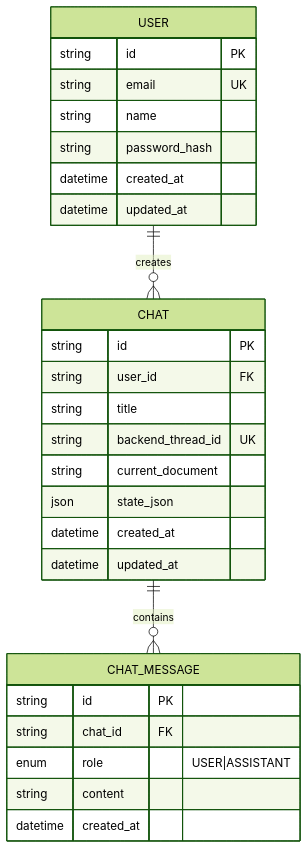
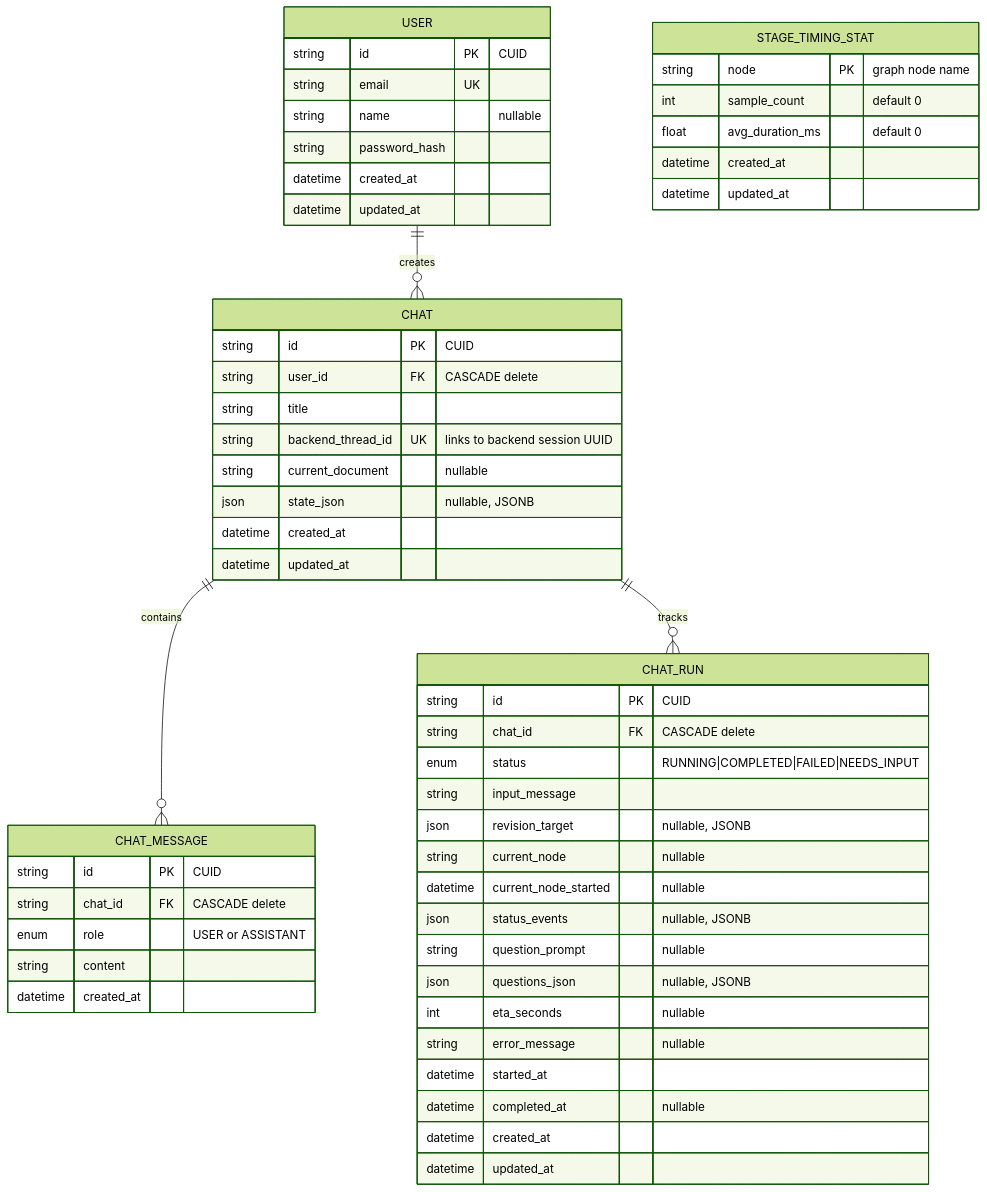
Before and after one commit to Ta1al/automated-SRS-generator: the diagram in documentation/er_diagram.md, drawn with Mermaid (forest theme). The commit also changed other lines of this file and 5 other files, not shown here.

````diff
--- a/documentation/er_diagram.md
+++ b/documentation/er_diagram.md
@@ -5,32 +7,60 @@
 ```mermaid
 erDiagram
     USER ||--o{ CHAT : creates
     USER {
-        string id PK
+        string id PK "CUID"
         string email UK
-        string name
+        string name "nullable"
         string password_hash
         datetime created_at
         datetime updated_at
     }
 
     CHAT ||--o{ CHAT_MESSAGE : contains
+    CHAT ||--o{ CHAT_RUN : tracks
     CHAT {
-        string id PK
-        string user_id FK
+        string id PK "CUID"
+        string user_id FK "CASCADE delete"
         string title
-        string backend_thread_id UK
-        string current_document
-        json state_json
+        string backend_thread_id UK "links to backend session UUID"
+        string current_document "nullable"
+        json state_json "nullable, JSONB"
         datetime created_at
         datetime updated_at
     }
 
     CHAT_MESSAGE {
-        string id PK
-        string chat_id FK
-        enum role "USER|ASSISTANT"
+        string id PK "CUID"
+        string chat_id FK "CASCADE delete"
+        enum role "USER or ASSISTANT"
         string content
         datetime created_at
     }
+
+    CHAT_RUN {
+        string id PK "CUID"
+        string chat_id FK "CASCADE delete"
+        enum status "RUNNING|COMPLETED|FAILED|NEEDS_INPUT"
+        string input_message
+        json revision_target "nullable, JSONB"
+        string current_node "nullable"
+        datetime current_node_started "nullable"
+        json status_events "nullable, JSONB"
+        string question_prompt "nullable"
+        json questions_json "nullable, JSONB"
+        int eta_seconds "nullable"
+        string error_message "nullable"
+        datetime started_at
+        datetime completed_at "nullable"
+        datetime created_at
+        datetime updated_at
+    }
+
+    STAGE_TIMING_STAT {
+        string node PK "graph node name"
+        int sample_count "default 0"
+        float avg_duration_ms "default 0"
+        datetime created_at
+        datetime updated_at
+    }
 ```
````
